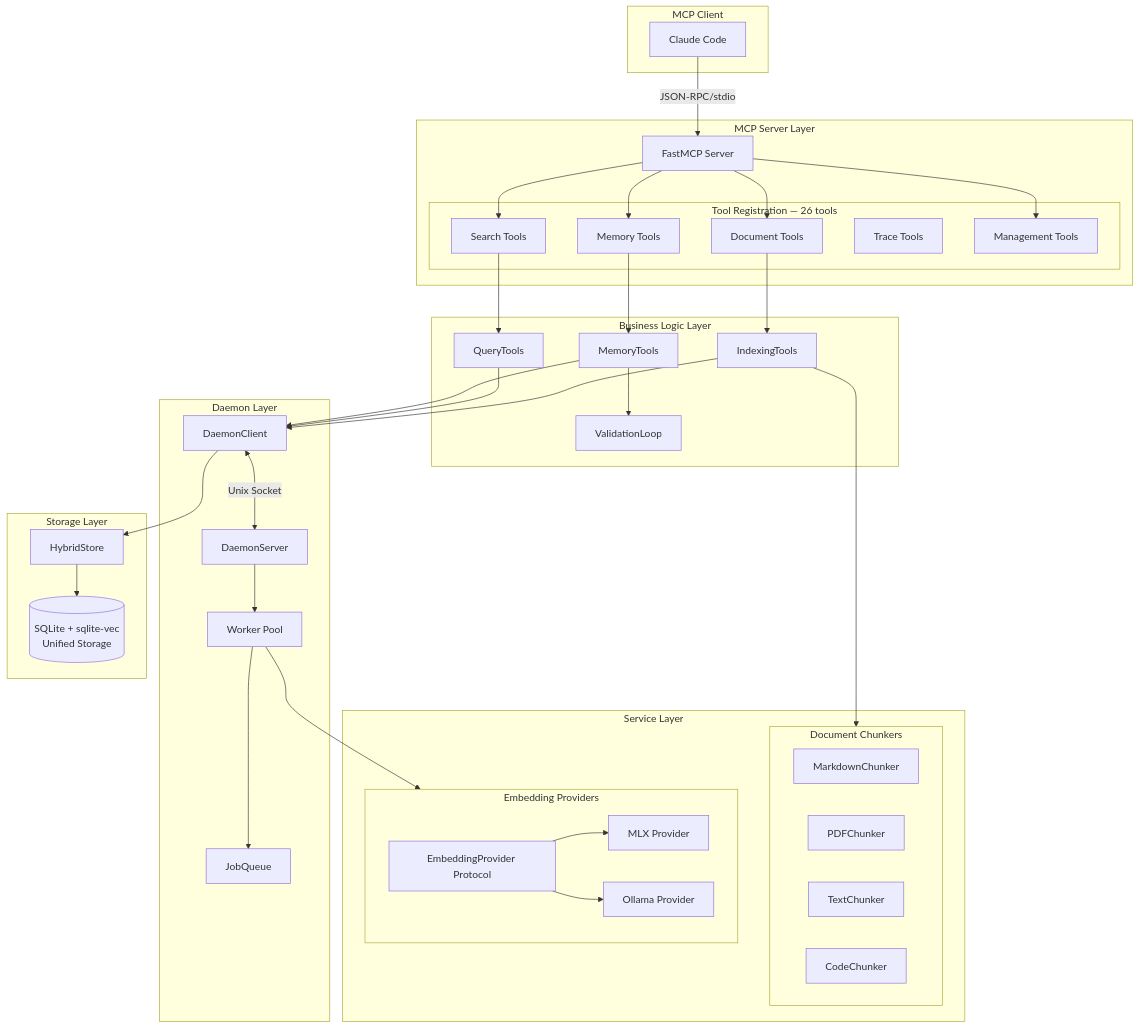
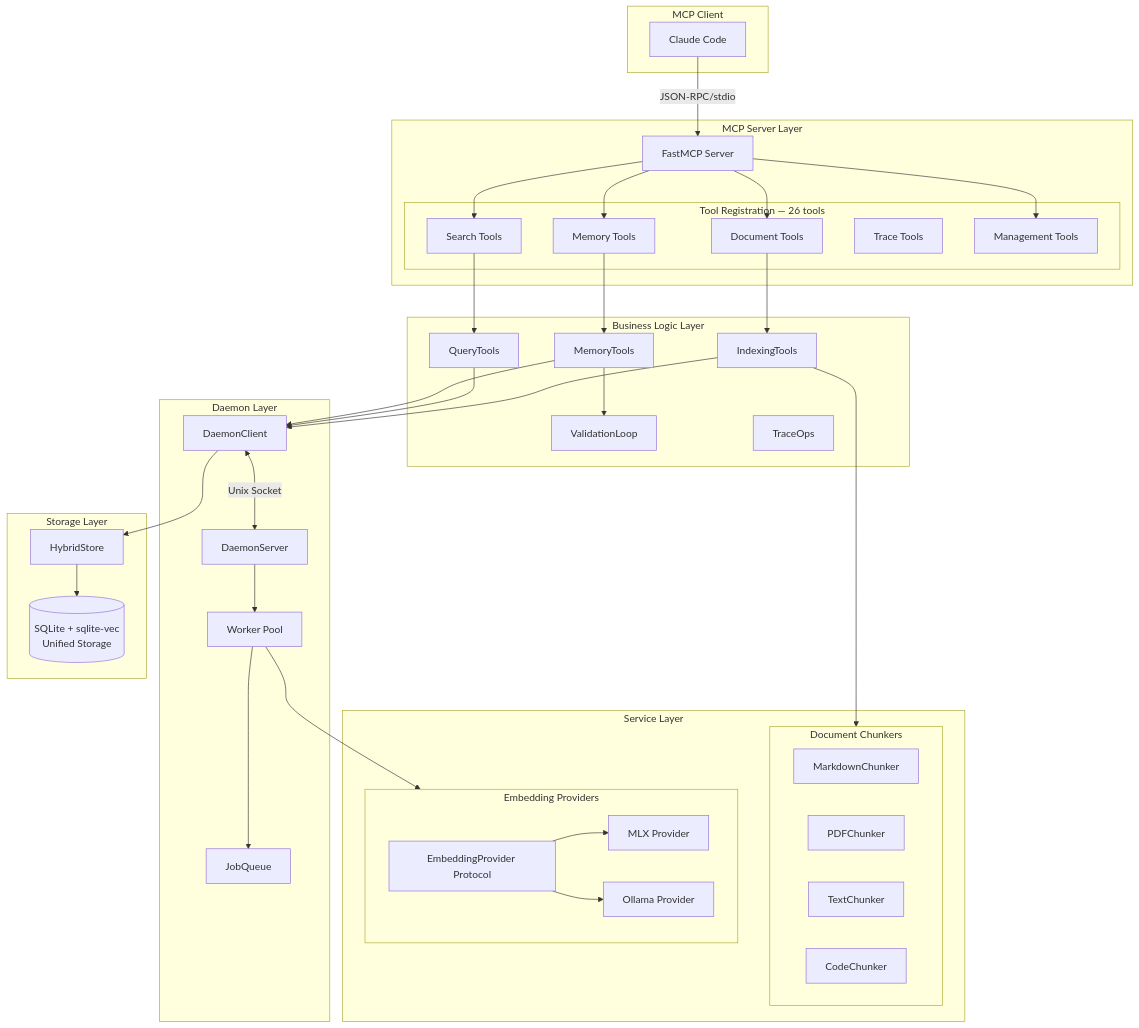
The diagram in docs/architecture.md (blueman82/theo), drawn with Mermaid before and after one commit.

Commit message:
Update documentation: architecture.md via Edit [2026-02-08 11:35]

````diff
--- a/docs/architecture.md
+++ b/docs/architecture.md
@@ -109,72 +109,73 @@
 ```mermaid
 flowchart TB
     subgraph Client["MCP Client"]
         CC[Claude Code]
     end
 
     subgraph MCPServer["MCP Server Layer"]
         FM[FastMCP Server]
         subgraph Tools["Tool Registration — 26 tools"]
             DT[Document Tools]
             ST[Search Tools]
             MT[Memory Tools]
             TRT[Trace Tools]
             MGT[Management Tools]
         end
     end
 
     subgraph Business["Business Logic Layer"]
         IT[IndexingTools]
         QT[QueryTools]
         MTools[MemoryTools]
         VL[ValidationLoop]
+        TR[TraceOps]
     end
 
     subgraph Daemon["Daemon Layer"]
         DC[DaemonClient]
         DS[DaemonServer]
         W[Worker Pool]
         JQ[JobQueue]
     end
 
     subgraph Services["Service Layer"]
         subgraph Chunkers["Document Chunkers"]
             MC[MarkdownChunker]
             PC[PDFChunker]
             TC[TextChunker]
             CodeC[CodeChunker]
         end
         subgraph Embedding["Embedding Providers"]
             EP[EmbeddingProvider Protocol]
             MLX[MLX Provider]
             OLL[Ollama Provider]
         end
     end
 
     subgraph Storage["Storage Layer"]
         HS[HybridStore]
         SQL[(SQLite + sqlite-vec<br/>Unified Storage)]
     end
 
     CC -->|JSON-RPC/stdio| FM
     FM --> DT & ST & MT & MGT
     DT --> IT
     ST --> QT
     MT --> MTools
     MTools --> VL
 
     IT --> DC
     QT --> DC
     MTools --> DC
 
     DC <-->|Unix Socket| DS
     DS --> W
     W --> JQ
 
     IT --> Chunkers
     W --> Embedding
     EP --> MLX & OLL
 
     DC --> HS
     HS --> SQL
 ```
````
